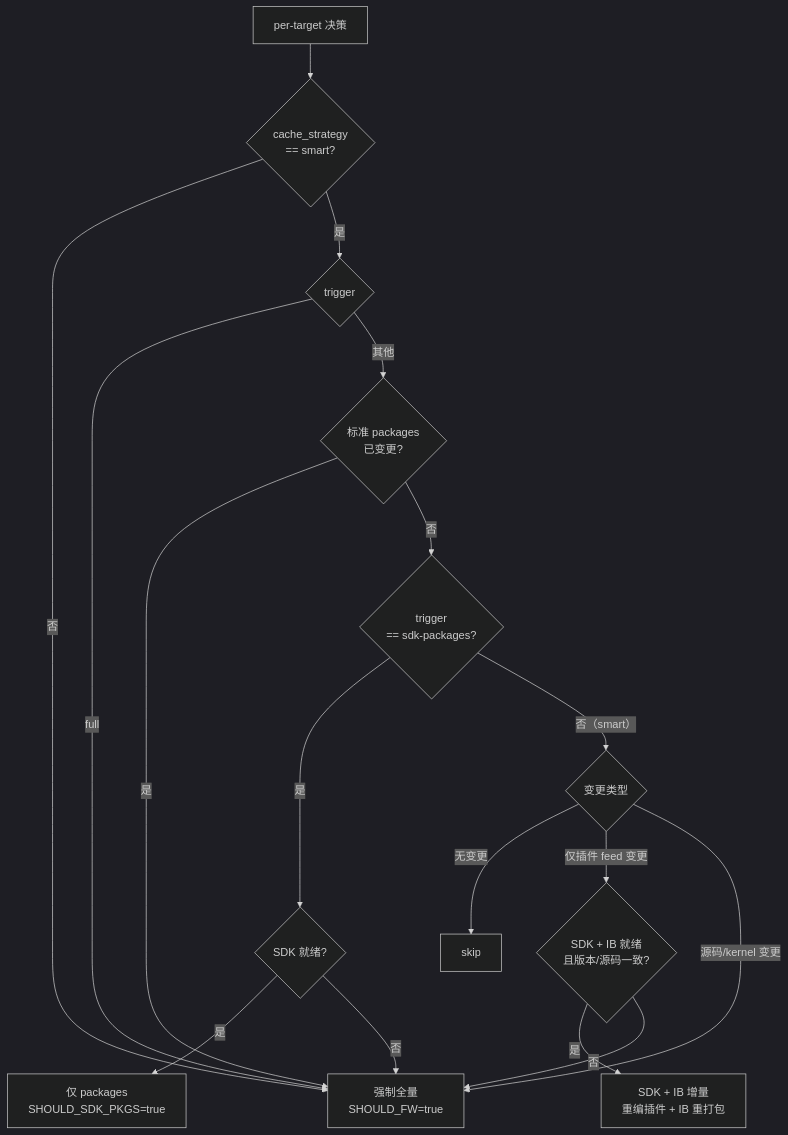
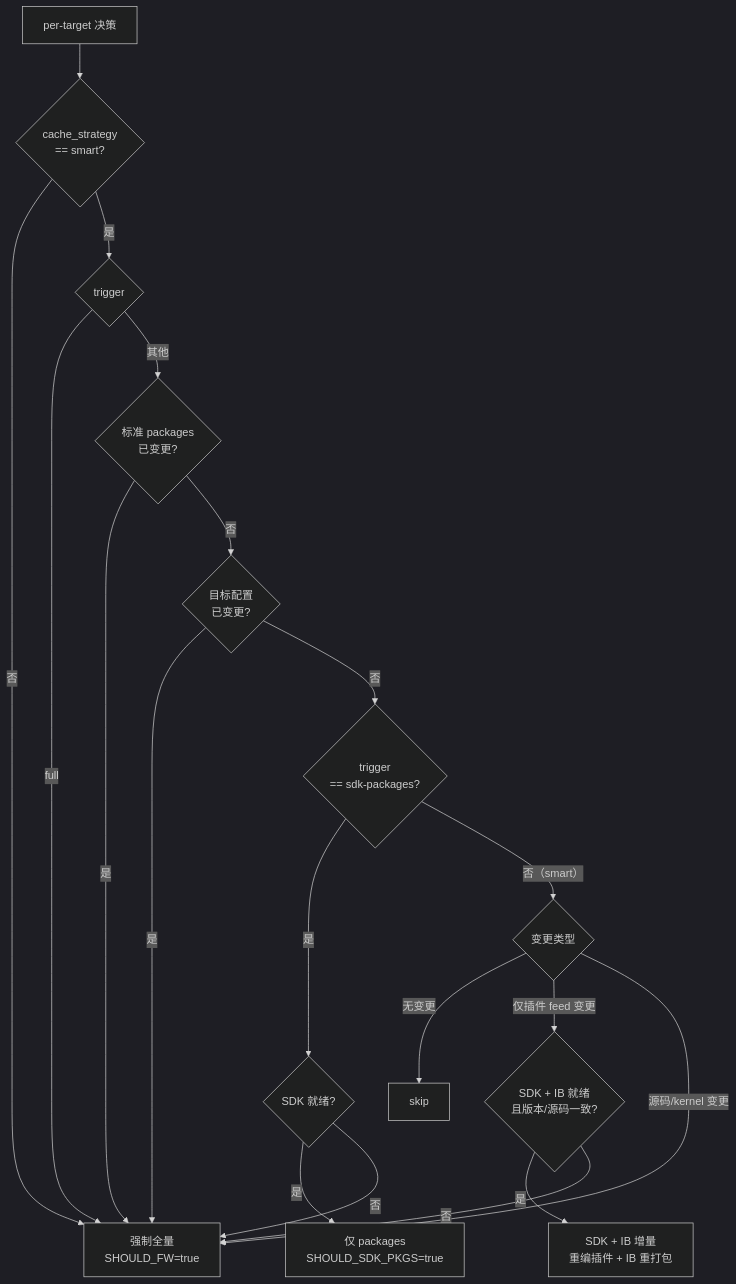
One commit to solarflows/AutoWorkFlows changed the third of 9 diagrams in docs/ci-flow.md. Above: the diagram before and after it, drawn with Mermaid (dark theme). The commit also changed other lines of this file and 9 other files, not shown here.

````diff
--- a/docs/ci-flow.md
+++ b/docs/ci-flow.md
@@ -110,19 +111,21 @@
 ```mermaid
 flowchart TD
     START["per-target 决策"] --> CS{"cache_strategy<br/>== smart?"}
     CS -->|"否"| FULL["强制全量<br/>SHOULD_FW=true"]
     CS -->|"是"| TR{"trigger"}
     TR -->|"full"| FULL
     TR -->|"其他"| STD{"标准 packages<br/>已变更?"}
     STD -->|"是"| FULL
-    STD -->|"否"| TR2{"trigger<br/>== sdk-packages?"}
+    STD -->|"否"| CFG{"目标配置<br/>已变更?"}
+    CFG -->|"是"| FULL
+    CFG -->|"否"| TR2{"trigger<br/>== sdk-packages?"}
     TR2 -->|"是"| SDKOK{"SDK 就绪?"}
     SDKOK -->|"是"| PKGONLY["仅 packages<br/>SHOULD_SDK_PKGS=true"]
     SDKOK -->|"否"| FULL
     TR2 -->|"否（smart）"| CH{"变更类型"}
     CH -->|"无变更"| SKIP["skip"]
     CH -->|"仅插件 feed 变更"| IBOK{"SDK + IB 就绪<br/>且版本/源码一致?"}
     IBOK -->|"是"| SIB["SDK + IB 增量<br/>重编插件 + IB 重打包"]
     IBOK -->|"否"| FULL
     CH -->|"源码/kernel 变更"| FULL
 ```
````
